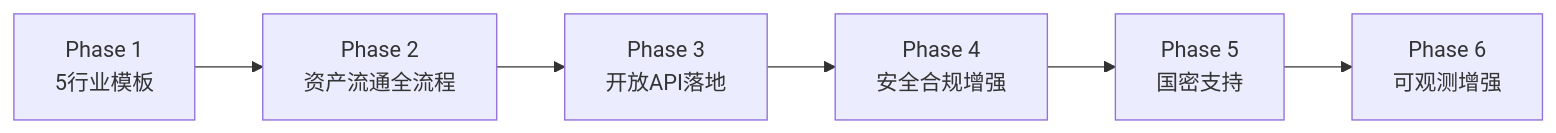
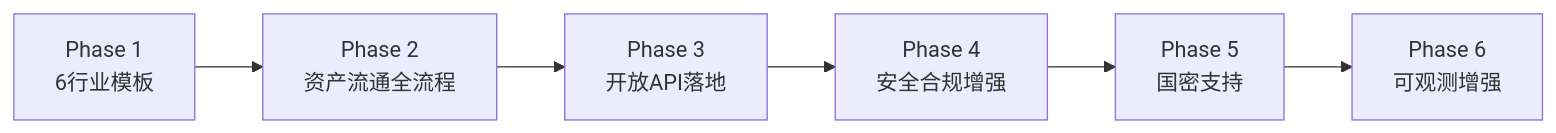
One commit to Levango7/DataEngineBDP changed diagram 26 of 26 in design/v2.0/详细设计/V2.0_行业模板与其他增强详细设计.md. Above: the diagram before and after it, drawn with Mermaid. The commit also changed other lines of this file and 11 other files, not shown here.

````diff
--- a/design/v2.0/详细设计/V2.0_行业模板与其他增强详细设计.md
+++ b/design/v2.0/详细设计/V2.0_行业模板与其他增强详细设计.md
@@ -3245,8 +3298,8 @@
 ```mermaid
 graph LR
-    A[Phase 1<br/>5行业模板] --> B[Phase 2<br/>资产流通全流程]
+    A[Phase 1<br/>6行业模板] --> B[Phase 2<br/>资产流通全流程]
     B --> C[Phase 3<br/>开放API落地]
     C --> D[Phase 4<br/>安全合规增强]
     D --> E[Phase 5<br/>国密支持]
     E --> F[Phase 6<br/>可观测增强]
 ```
````
